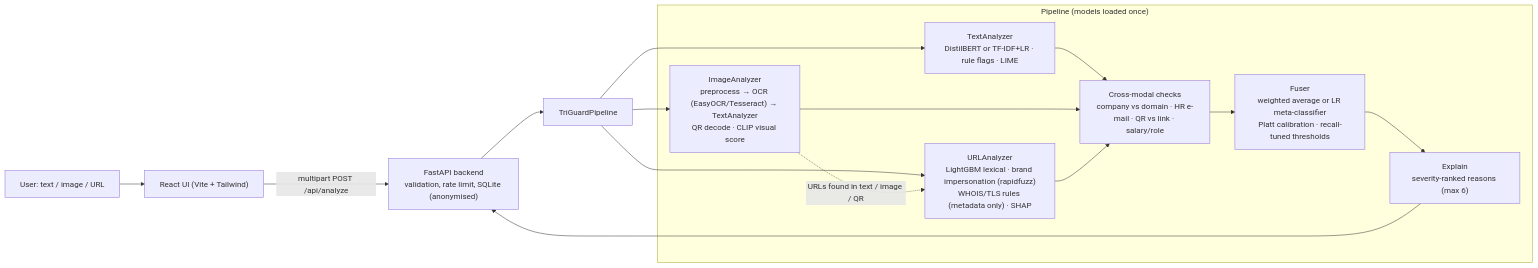
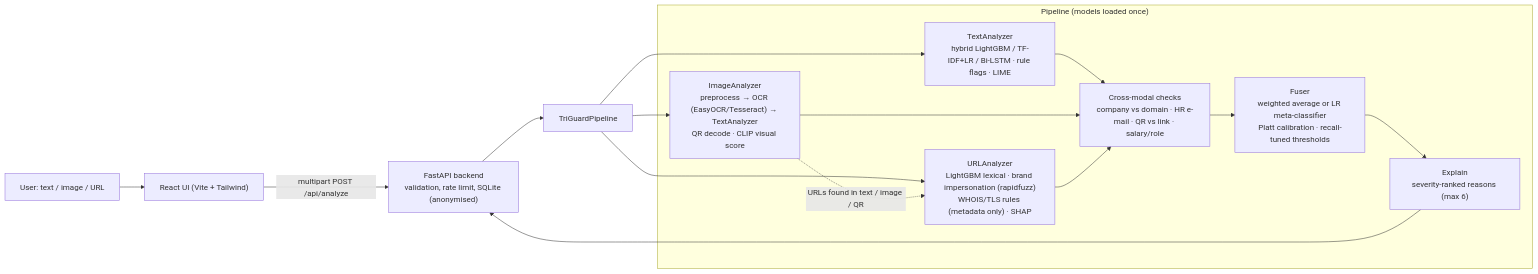
The diagram in README.md (Rishi1479/Triguard), drawn with Mermaid before and after one commit. The commit also changed other lines of this file and 17 other files, not shown here.

Commit message:
refactor: remove transformer models and update text analyzer with Bi-LSTM support and model preference routing

````diff
--- a/README.md
+++ b/README.md
@@ -15,17 +15,17 @@
 ```mermaid
 flowchart LR
     U["User: text / image / URL"] --> FE["React UI (Vite + Tailwind)"]
     FE -->|multipart POST /api/analyze| API["FastAPI backend<br/>validation, rate limit, SQLite (anonymised)"]
     API --> P["TriGuardPipeline"]
     subgraph P_["Pipeline (models loaded once)"]
-        T["TextAnalyzer<br/>DistilBERT or TF-IDF+LR · rule flags · LIME"]
+        T["TextAnalyzer<br/>hybrid LightGBM / TF-IDF+LR / Bi-LSTM · rule flags · LIME"]
         I["ImageAnalyzer<br/>preprocess → OCR (EasyOCR/Tesseract) → TextAnalyzer<br/>QR decode · CLIP visual score"]
         L["URLAnalyzer<br/>LightGBM lexical · brand impersonation (rapidfuzz)<br/>WHOIS/TLS rules (metadata only) · SHAP"]
         X["Cross-modal checks<br/>company vs domain · HR e-mail · QR vs link · salary/role"]
         F["Fuser<br/>weighted average or LR meta-classifier<br/>Platt calibration · recall-tuned thresholds"]
         E["Explain<br/>severity-ranked reasons (max 6)"]
     end
     P --> T & I & L
     I -. "URLs found in text / image / QR" .-> L
     T & I & L --> X --> F --> E --> API
 ```
````
